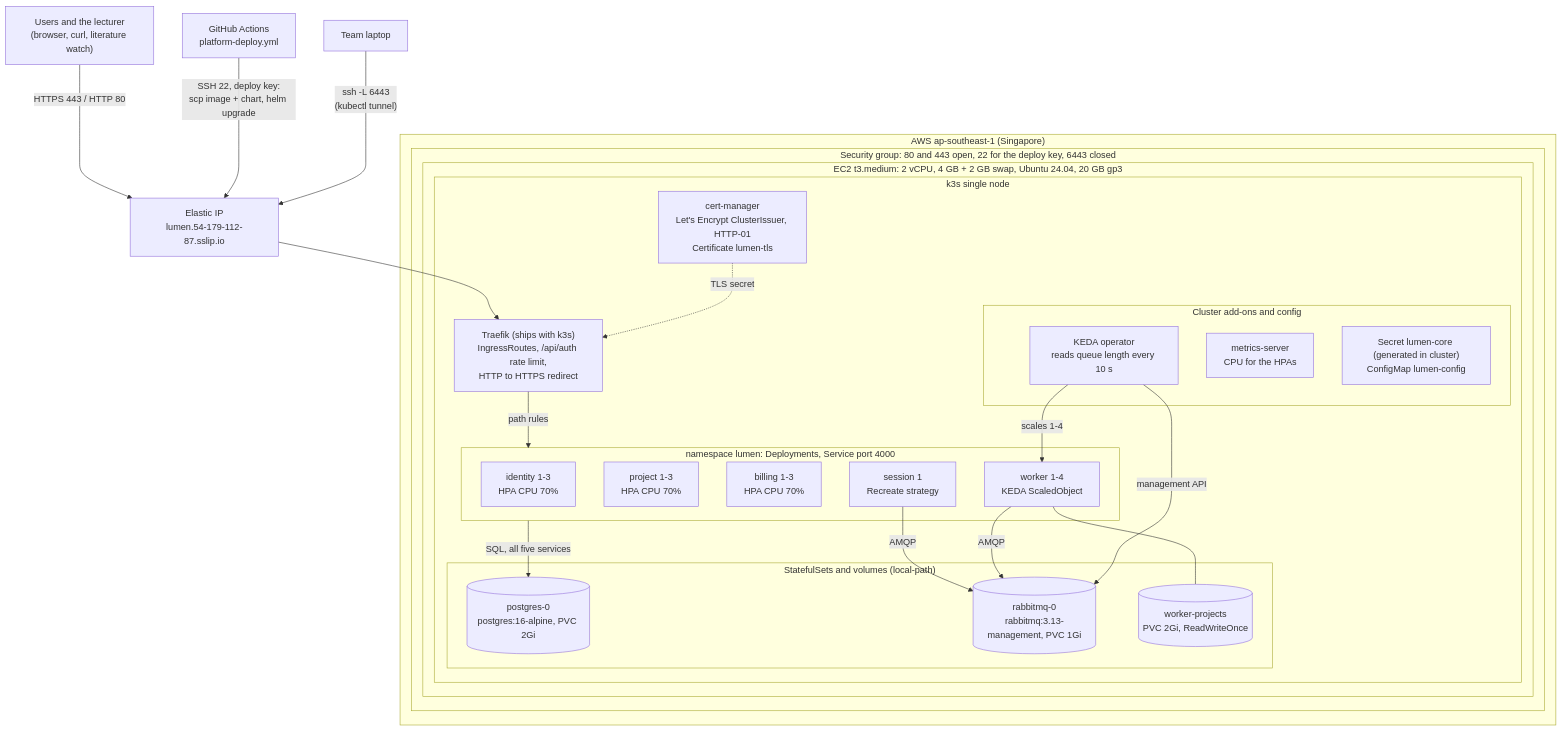
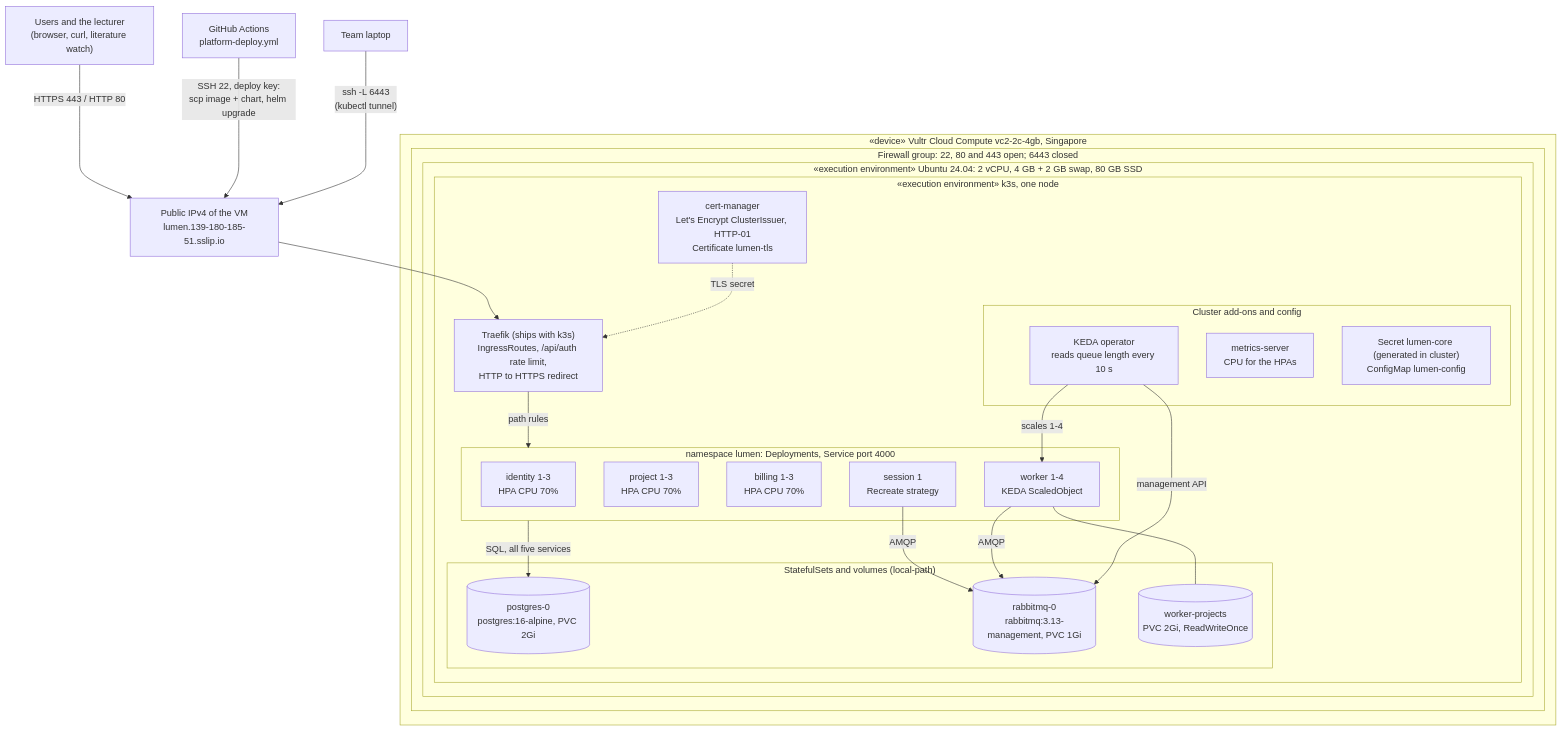
One commit to ziyangliu-666/lumen-next changed the diagram in docs/platform/diagrams/physical.mmd. Above: the diagram before and after it, drawn with Mermaid. The commit also changed 97 other files, not shown here.

```diff
--- a/docs/platform/diagrams/physical.mmd
+++ b/docs/platform/diagrams/physical.mmd
@@ -1,41 +1,41 @@
 flowchart TB
-  U["Users and the lecturer<br/>(browser, curl, literature watch)"] -->|"HTTPS 443 / HTTP 80"| EIP
-  GH["GitHub Actions<br/>platform-deploy.yml"] -->|"SSH 22, deploy key:<br/>scp image + chart, helm upgrade"| EIP
-  DEV["Team laptop"] -->|"ssh -L 6443<br/>(kubectl tunnel)"| EIP
-  EIP["Elastic IP<br/>lumen.54-179-112-87.sslip.io"]
-  subgraph AWS["AWS ap-southeast-1 (Singapore)"]
-    subgraph SG["Security group: 80 and 443 open, 22 for the deploy key, 6443 closed"]
-      subgraph EC2["EC2 t3.medium: 2 vCPU, 4 GB + 2 GB swap, Ubuntu 24.04, 20 GB gp3"]
-        subgraph K3S["k3s single node"]
+  U["Users and the lecturer<br/>(browser, curl, literature watch)"] -->|"HTTPS 443 / HTTP 80"| IP
+  GH["GitHub Actions<br/>platform-deploy.yml"] -->|"SSH 22, deploy key:<br/>scp image + chart, helm upgrade"| IP
+  DEV["Team laptop"] -->|"ssh -L 6443<br/>(kubectl tunnel)"| IP
+  IP["Public IPv4 of the VM<br/>lumen.139-180-185-51.sslip.io"]
+  subgraph VULTR["«device» Vultr Cloud Compute vc2-2c-4gb, Singapore"]
+    subgraph FW["Firewall group: 22, 80 and 443 open; 6443 closed"]
+      subgraph VM["«execution environment» Ubuntu 24.04: 2 vCPU, 4 GB + 2 GB swap, 80 GB SSD"]
+        subgraph K3S["«execution environment» k3s, one node"]
           TR["Traefik (ships with k3s)<br/>IngressRoutes, /api/auth rate limit,<br/>HTTP to HTTPS redirect"]
           CM["cert-manager<br/>Let's Encrypt ClusterIssuer, HTTP-01<br/>Certificate lumen-tls"]
           subgraph Apps["namespace lumen: Deployments, Service port 4000"]
             ID["identity 1-3<br/>HPA CPU 70%"]
             PR["project 1-3<br/>HPA CPU 70%"]
             BI["billing 1-3<br/>HPA CPU 70%"]
             SE["session 1<br/>Recreate strategy"]
             WO["worker 1-4<br/>KEDA ScaledObject"]
           end
           subgraph State["StatefulSets and volumes (local-path)"]
             PG[("postgres-0<br/>postgres:16-alpine, PVC 2Gi")]
             RB[("rabbitmq-0<br/>rabbitmq:3.13-management, PVC 1Gi")]
             PVC[("worker-projects<br/>PVC 2Gi, ReadWriteOnce")]
           end
           subgraph Ops["Cluster add-ons and config"]
             KEDA["KEDA operator<br/>reads queue length every 10 s"]
             MS["metrics-server<br/>CPU for the HPAs"]
             SEC["Secret lumen-core (generated in cluster)<br/>ConfigMap lumen-config"]
           end
         end
       end
     end
   end
-  EIP --> TR
+  IP --> TR
   CM -.->|"TLS secret"| TR
   TR -->|"path rules"| Apps
   Apps -->|"SQL, all five services"| PG
   SE -->|"AMQP"| RB
   WO -->|"AMQP"| RB
   WO --- PVC
   KEDA -->|"management API"| RB
   KEDA -->|"scales 1-4"| WO
```
